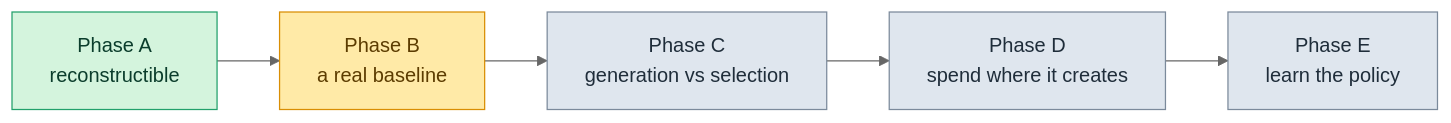
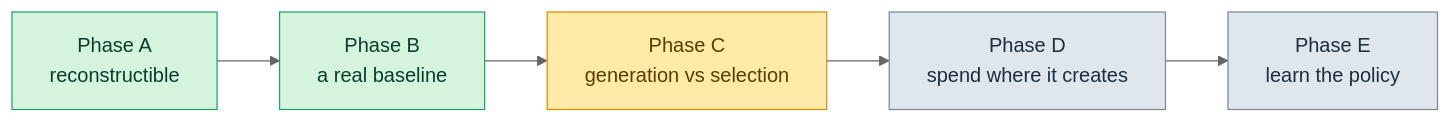
The diagram in whats-offered/roadmap.md (SatyamSingh-Git/ElevenPowers), drawn with Mermaid (neutral theme) before and after one commit. The commit also changed other lines of this file and 8 other files, not shown here.

````diff
--- a/whats-offered/roadmap.md
+++ b/whats-offered/roadmap.md
@@ -30,14 +28,14 @@
 ```mermaid
 flowchart LR
     A["Phase A<br/>reconstructible"] --> B["Phase B<br/>a real baseline"]
     B --> C["Phase C<br/>generation vs selection"]
     C --> D["Phase D<br/>spend where it creates"]
     D --> E["Phase E<br/>learn the policy"]
 
     classDef done fill:#d4f4dd,stroke:#22a06b,color:#0b3d2c
     classDef now fill:#ffeaa7,stroke:#d98e04,color:#5c3c00
     classDef next fill:#dfe6ee,stroke:#7b8a9b,color:#1f2d3a
-    class A done
-    class B now
-    class C,D,E next
+    class A,B done
+    class C now
+    class D,E next
 ```
````
